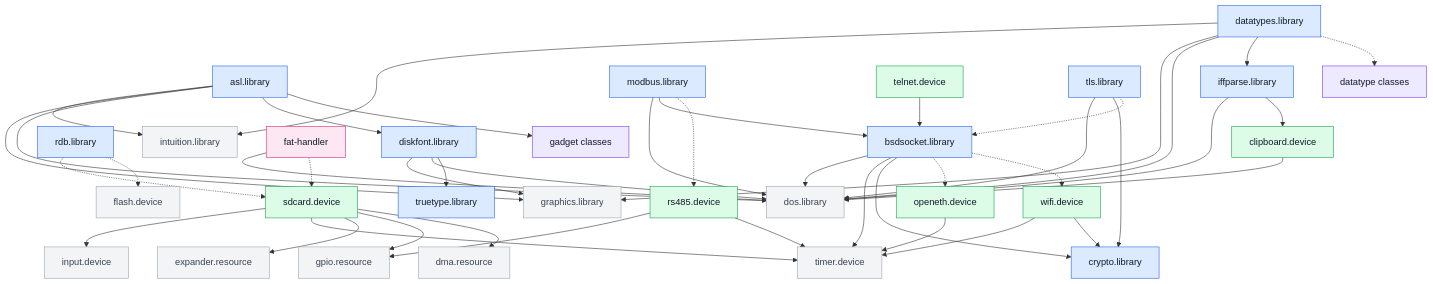
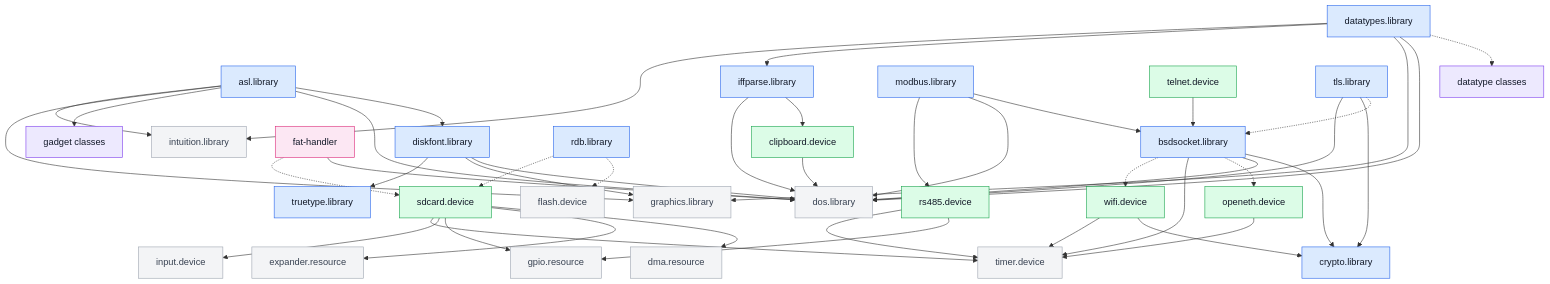
One commit to cycl0ne/poweros_esp32 changed the second of 3 diagrams in sdk/docs/modules.md. Above: the diagram before and after it, drawn with Mermaid. The commit also changed other lines of this file and 2 other files, not shown here.

First line of the commit message:
tools: modchart, the module charts made from the source

````diff
--- a/sdk/docs/modules.md
+++ b/sdk/docs/modules.md
@@ -142,86 +146,85 @@
 ```mermaid
 flowchart TB
-    n_asl["asl.library"]
-    n_datatypes["datatypes.library"]
-    n_diskfont["diskfont.library"]
-    n_truetype["truetype.library"]
-    n_iffparse["iffparse.library"]
-    n_clipboard["clipboard.device"]
-    n_modbus["modbus.library"]
-    n_rdb["rdb.library"]
-    n_telnet["telnet.device"]
-    n_tls["tls.library"]
-    n_bsdsocket["bsdsocket.library"]
-    n_crypto["crypto.library"]
-    n_openeth["openeth.device"]
-    n_wifi["wifi.device"]
-    n_rs485["rs485.device"]
-    n_fat["fat-handler"]
-    n_sdcard["sdcard.device"]
-    n_gadgets["gadget classes"]
-    n_dtclasses["datatype classes"]
+    m_asl_library["asl.library"]
+    m_bsdsocket_library["bsdsocket.library"]
+    m_clipboard_device["clipboard.device"]
+    m_crypto_library["crypto.library"]
+    m_datatype_classes["datatype classes"]
+    m_datatypes_library["datatypes.library"]
+    m_diskfont_library["diskfont.library"]
+    m_dma_resource["dma.resource"]
+    m_dos_library["dos.library"]
+    m_expander_resource["expander.resource"]
+    m_fat_handler["fat-handler"]
+    m_flash_device["flash.device"]
+    m_gadget_classes["gadget classes"]
+    m_gpio_resource["gpio.resource"]
+    m_graphics_library["graphics.library"]
+    m_iffparse_library["iffparse.library"]
+    m_input_device["input.device"]
+    m_intuition_library["intuition.library"]
+    m_modbus_library["modbus.library"]
+    m_openeth_device["openeth.device"]
+    m_rdb_library["rdb.library"]
+    m_rs485_device["rs485.device"]
+    m_sdcard_device["sdcard.device"]
+    m_telnet_device["telnet.device"]
+    m_timer_device["timer.device"]
+    m_tls_library["tls.library"]
+    m_truetype_library["truetype.library"]
+    m_wifi_device["wifi.device"]
 
-    r_intuition["intuition.library"]
-    r_graphics["graphics.library"]
-    r_dos["dos.library"]
-    r_input["input.device"]
-    r_timer["timer.device"]
-    r_flash["flash.device"]
-    r_expander["expander.resource"]
-    r_gpio["gpio.resource"]
-    r_dma["dma.resource"]
-
-    n_asl --> r_intuition
-    n_asl --> r_graphics
-    n_asl --> r_dos
-    n_asl --> n_diskfont
-    n_asl --> n_gadgets
-    n_datatypes --> r_intuition
-    n_datatypes --> r_graphics
-    n_datatypes --> r_dos
-    n_datatypes --> n_iffparse
-    n_datatypes -.-> n_dtclasses
-    n_diskfont --> r_graphics
-    n_diskfont --> r_dos
-    n_diskfont --> n_truetype
-    n_iffparse --> r_dos
-    n_iffparse --> n_clipboard
-    n_clipboard --> r_dos
-    n_modbus --> r_dos
-    n_modbus --> n_bsdsocket
-    n_modbus -.-> n_rs485
-    n_rdb -.-> n_sdcard
-    n_rdb -.-> r_flash
-    n_telnet --> n_bsdsocket
-    n_tls --> r_dos
-    n_tls --> n_crypto
-    n_tls -.-> n_bsdsocket
-    n_bsdsocket --> r_dos
-    n_bsdsocket --> r_timer
-    n_bsdsocket --> n_crypto
-    n_bsdsocket -.-> n_openeth
-    n_bsdsocket -.-> n_wifi
-    n_openeth --> r_timer
-    n_wifi --> r_timer
-    n_wifi --> n_crypto
-    n_rs485 --> r_gpio
-    n_rs485 --> r_timer
-    n_fat --> r_dos
-    n_fat -.-> n_sdcard
-    n_sdcard --> r_input
-    n_sdcard --> r_timer
-    n_sdcard --> r_expander
-    n_sdcard --> r_gpio
-    n_sdcard --> r_dma
+    m_asl_library --> m_diskfont_library
+    m_asl_library --> m_dos_library
+    m_asl_library --> m_gadget_classes
+    m_asl_library --> m_graphics_library
+    m_asl_library --> m_intuition_library
+    m_bsdsocket_library --> m_crypto_library
+    m_bsdsocket_library --> m_dos_library
+    m_bsdsocket_library -.-> m_openeth_device
+    m_bsdsocket_library --> m_timer_device
+    m_bsdsocket_library -.-> m_wifi_device
+    m_clipboard_device --> m_dos_library
+    m_datatypes_library -.-> m_datatype_classes
+    m_datatypes_library --> m_dos_library
+    m_datatypes_library --> m_graphics_library
+    m_datatypes_library --> m_iffparse_library
+    m_datatypes_library --> m_intuition_library
+    m_diskfont_library --> m_dos_library
+    m_diskfont_library --> m_graphics_library
+    m_diskfont_library --> m_truetype_library
+    m_fat_handler --> m_dos_library
+    m_fat_handler -.-> m_sdcard_device
+    m_iffparse_library --> m_clipboard_device
+    m_iffparse_library --> m_dos_library
+    m_modbus_library --> m_bsdsocket_library
+    m_modbus_library --> m_dos_library
+    m_modbus_library --> m_rs485_device
+    m_openeth_device --> m_timer_device
+    m_rdb_library -.-> m_flash_device
+    m_rdb_library -.-> m_sdcard_device
+    m_rs485_device --> m_gpio_resource
+    m_rs485_device --> m_timer_device
+    m_sdcard_device --> m_dma_resource
+    m_sdcard_device --> m_expander_resource
+    m_sdcard_device --> m_gpio_resource
+    m_sdcard_device --> m_input_device
+    m_sdcard_device --> m_timer_device
+    m_telnet_device --> m_bsdsocket_library
+    m_tls_library -.-> m_bsdsocket_library
+    m_tls_library --> m_crypto_library
+    m_tls_library --> m_dos_library
+    m_wifi_device --> m_crypto_library
+    m_wifi_device --> m_timer_device
 
     classDef lib fill:#dbeafe,stroke:#2563eb,color:#111827
+    class m_asl_library,m_bsdsocket_library,m_crypto_library,m_datatypes_library,m_diskfont_library,m_iffparse_library,m_modbus_library,m_rdb_library,m_tls_library,m_truetype_library lib
     classDef dev fill:#dcfce7,stroke:#16a34a,color:#111827
+    class m_clipboard_device,m_openeth_device,m_rs485_device,m_sdcard_device,m_telnet_device,m_wifi_device dev
     classDef hand fill:#fce7f3,stroke:#db2777,color:#111827
+    class m_fat_handler hand
     classDef cls fill:#ede9fe,stroke:#7c3aed,color:#111827
+    class m_datatype_classes,m_gadget_classes cls
     classDef rom fill:#f3f4f6,stroke:#9ca3af,color:#374151
-    class n_asl,n_datatypes,n_diskfont,n_truetype,n_iffparse,n_modbus,n_rdb,n_tls,n_bsdsocket,n_crypto lib
-    class n_clipboard,n_telnet,n_openeth,n_wifi,n_rs485,n_sdcard dev
-    class n_fat hand
-    class n_gadgets,n_dtclasses cls
-    class r_intuition,r_graphics,r_dos,r_input,r_timer,r_flash,r_expander,r_gpio,r_dma rom
+    class m_dma_resource,m_dos_library,m_expander_resource,m_flash_device,m_gpio_resource,m_graphics_library,m_input_device,m_intuition_library,m_timer_device rom
 ```
````
